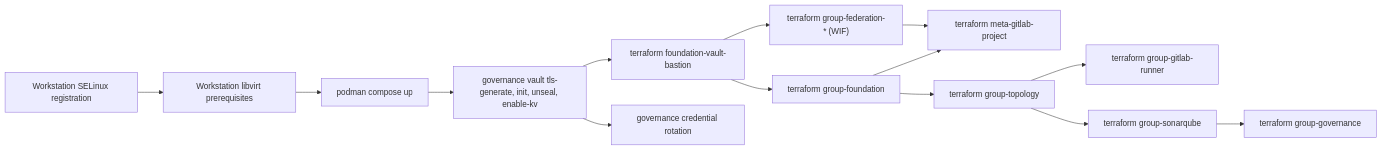
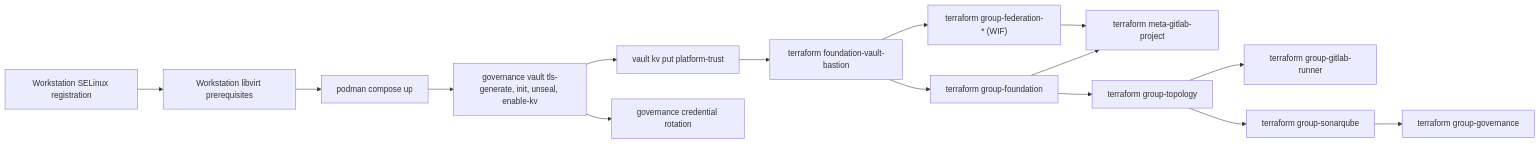
The diagram in README.md (csning1998/parent-group-governance), drawn with Mermaid before and after one commit. The commit also changed other lines of this file and 58 other files, not shown here.

````diff
--- a/README.md
+++ b/README.md
@@ -39,16 +39,17 @@
 ```mermaid
 flowchart LR
     SELinux["Workstation SELinux registration"] --> Libvirt["Workstation libvirt prerequisites"]
     Libvirt --> Compose["podman compose up"]
     Compose --> VaultLifecycle["governance vault tls-generate, init, unseal, enable-kv"]
-    VaultLifecycle --> Foundation["terraform foundation-vault-bastion"]
+    VaultLifecycle --> PlatformTrust["vault kv put platform-trust"]
+    PlatformTrust --> Foundation["terraform foundation-vault-bastion"]
     Foundation --> GroupFoundation["terraform group-foundation"]
     Foundation --> Federation["terraform group-federation-* (WIF)"]
     GroupFoundation --> Project["terraform meta-gitlab-project"]
     Federation --> Project
     GroupFoundation --> Topology["terraform group-topology"]
     Topology --> Runner["terraform group-gitlab-runner"]
     Topology --> Sonar["terraform group-sonarqube"]
     Sonar --> Governance["terraform group-governance"]
     VaultLifecycle --> Rotate["governance credential rotation"]
 ```
````
